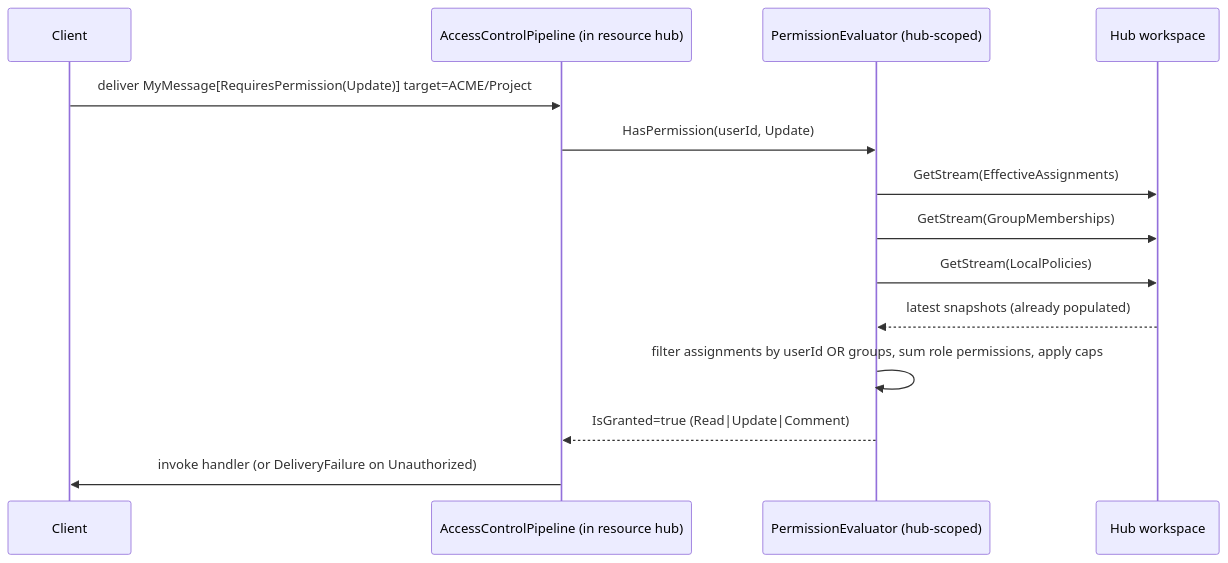
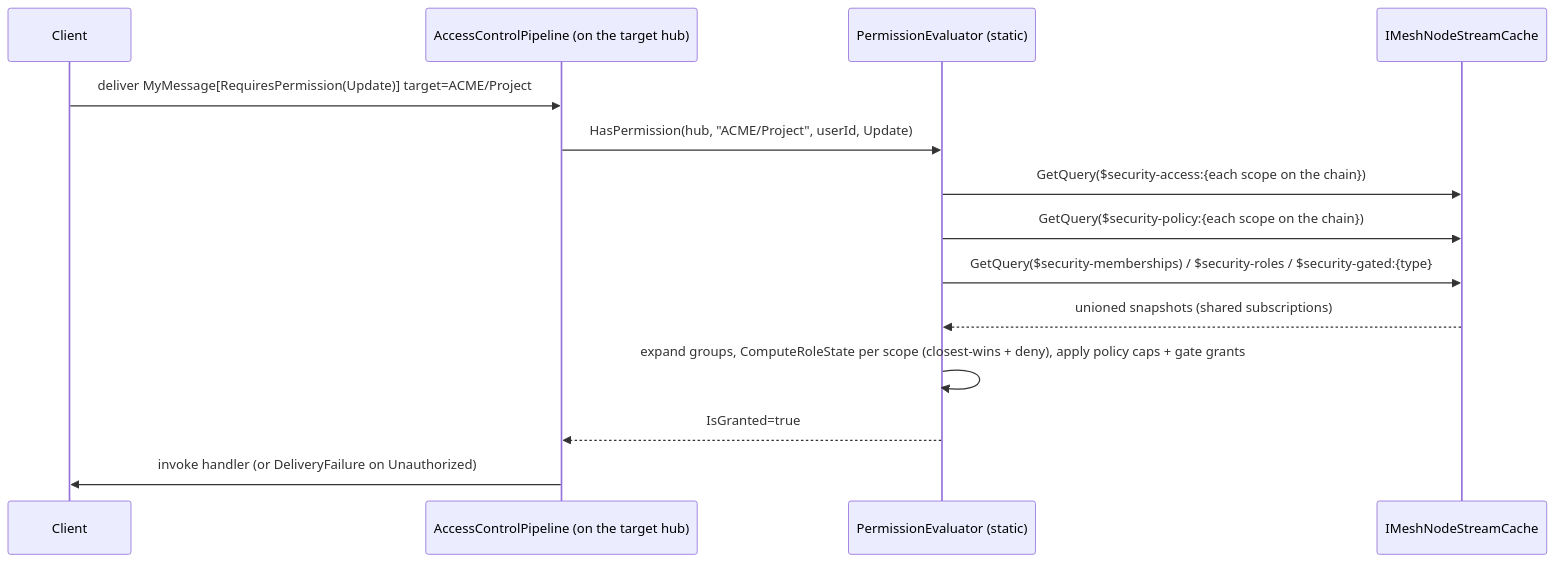
One commit to Systemorph/MeshWeaver changed the first of 4 diagrams in src/MeshWeaver.Documentation/Data/Architecture/AccessControl.md. Above: the diagram before and after it, drawn with Mermaid. The commit also changed other lines of this file and 74 other files, not shown here.

First line of the commit message:
Checkpoint the in-flight Architecture accuracy sweep

````diff
--- a/src/MeshWeaver.Documentation/Data/Architecture/AccessControl.md
+++ b/src/MeshWeaver.Documentation/Data/Architecture/AccessControl.md
@@ -381,16 +378,16 @@
 ```mermaid
 sequenceDiagram
     participant Client
-    participant Pipeline as AccessControlPipeline (in resource hub)
-    participant SecSvc as PermissionEvaluator (hub-scoped)
-    participant Workspace as Hub workspace
+    participant Pipeline as AccessControlPipeline (on the target hub)
+    participant Eval as PermissionEvaluator (static)
+    participant Cache as IMeshNodeStreamCache
     Client->>Pipeline: deliver MyMessage[RequiresPermission(Update)] target=ACME/Project
-    Pipeline->>SecSvc: HasPermission(userId, Update)
-    SecSvc->>Workspace: GetStream(EffectiveAssignments)
-    SecSvc->>Workspace: GetStream(GroupMemberships)
-    SecSvc->>Workspace: GetStream(LocalPolicies)
-    Workspace-->>SecSvc: latest snapshots (already populated)
-    SecSvc->>SecSvc: filter assignments by userId OR groups, sum role permissions, apply caps
-    SecSvc-->>Pipeline: IsGranted=true (Read|Update|Comment)
+    Pipeline->>Eval: HasPermission(hub, "ACME/Project", userId, Update)
+    Eval->>Cache: GetQuery($security-access:{each scope on the chain})
+    Eval->>Cache: GetQuery($security-policy:{each scope on the chain})
+    Eval->>Cache: GetQuery($security-memberships) / $security-roles / $security-gated:{type}
+    Cache-->>Eval: unioned snapshots (shared subscriptions)
+    Eval->>Eval: expand groups, ComputeRoleState per scope (closest-wins + deny), apply policy caps + gate grants
+    Eval-->>Pipeline: IsGranted=true
     Pipeline->>Client: invoke handler (or DeliveryFailure on Unauthorized)
 ```
````
